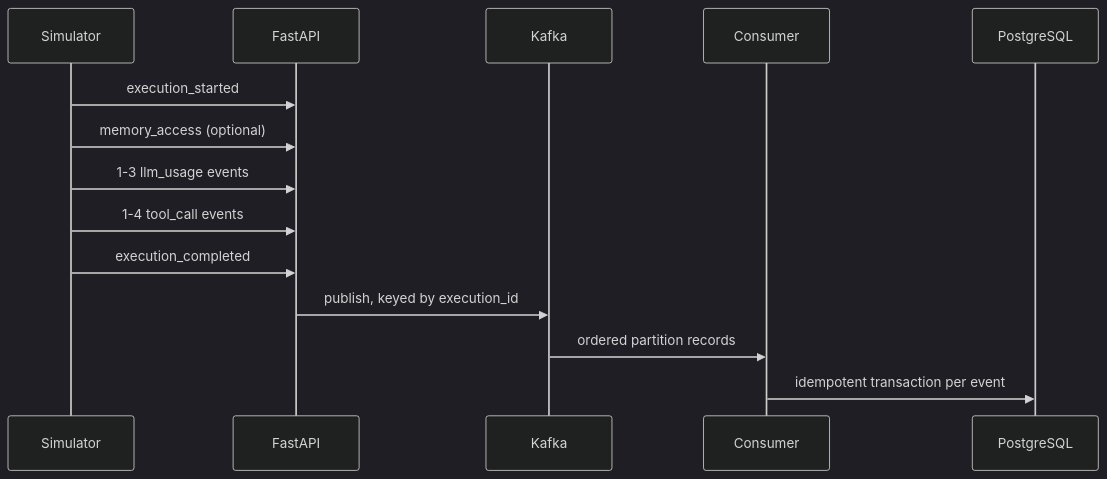
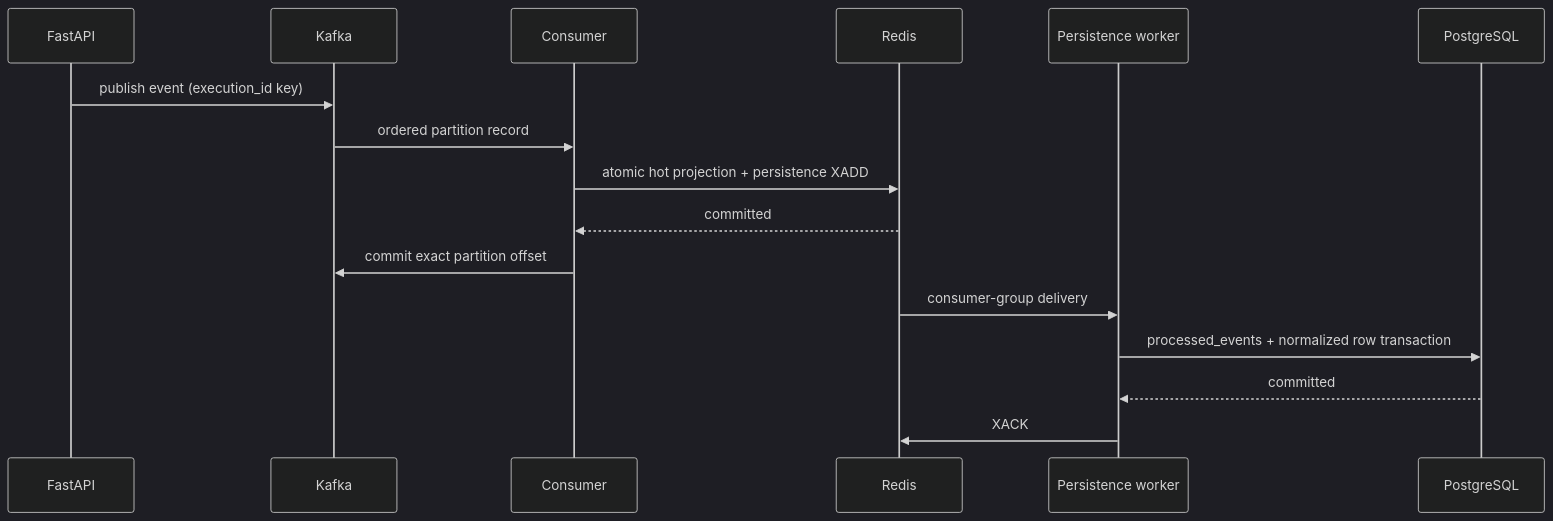
The second of 2 diagrams in README.md (Himkeshtak/Trace-AI), drawn with Mermaid (dark theme) before and after one commit. The commit also changed other lines of this file and 35 other files, not shown here.

First line of the commit message:
feat(platform): adopt Redis hot layer and ship operations dashboard

````diff
--- a/README.md
+++ b/README.md
@@ -104,16 +30,19 @@
 ```mermaid
 sequenceDiagram
-    participant S as Simulator
     participant API as FastAPI
     participant K as Kafka
     participant C as Consumer
+    participant R as Redis
+    participant W as Persistence worker
     participant P as PostgreSQL
-    S->>API: execution_started
-    S->>API: memory_access (optional)
-    S->>API: 1-3 llm_usage events
-    S->>API: 1-4 tool_call events
-    S->>API: execution_completed
-    API->>K: publish, keyed by execution_id
-    K->>C: ordered partition records
-    C->>P: idempotent transaction per event
+
+    API->>K: publish event (execution_id key)
+    K->>C: ordered partition record
+    C->>R: atomic hot projection + persistence XADD
+    R-->>C: committed
+    C->>K: commit exact partition offset
+    R->>W: consumer-group delivery
+    W->>P: processed_events + normalized row transaction
+    P-->>W: committed
+    W->>R: XACK
 ```
````
